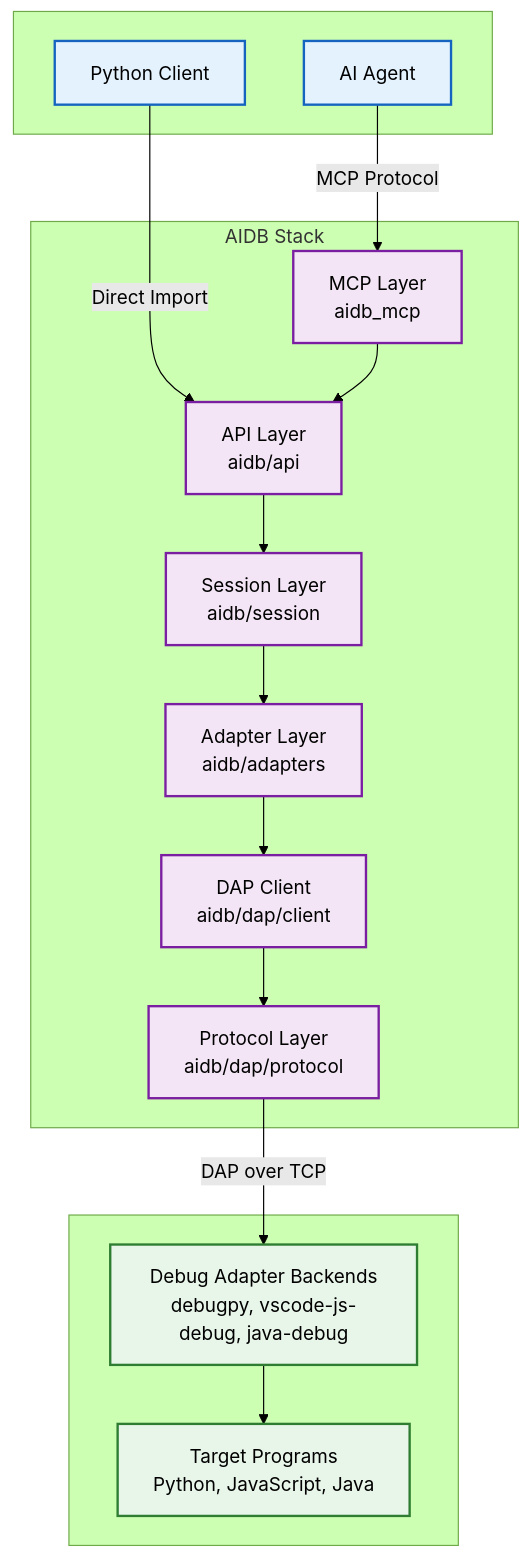
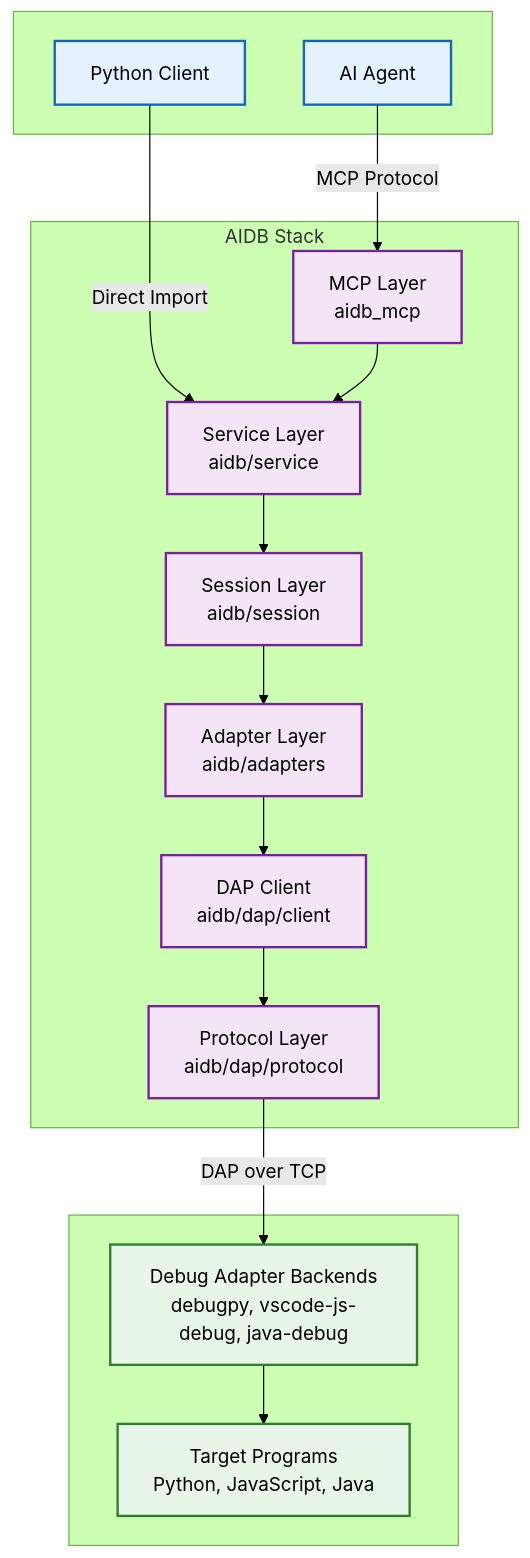
One commit to ai-debugger-inc/aidb changed the diagram in docs/developer-guide/overview.md. Above: the diagram before and after it, drawn with Mermaid (forest theme). The commit also changed other lines of this file and 202 other files, not shown here.

First line of the commit message:
refactor: Replace API layer with DebugService architecture

````diff
--- a/docs/developer-guide/overview.md
+++ b/docs/developer-guide/overview.md
@@ -22,39 +22,39 @@
 ```mermaid
 graph TB
     subgraph Clients [" "]
         Agent[AI Agent]
         PythonClient[Python Client]
     end
 
     subgraph AIDB ["AIDB Stack"]
         MCP[MCP Layer<br/>aidb_mcp]
-        API[API Layer<br/>aidb/api]
+        Service[Service Layer<br/>aidb/service]
         Session[Session Layer<br/>aidb/session]
         Adapters[Adapter Layer<br/>aidb/adapters]
         DAPClient[DAP Client<br/>aidb/dap/client]
         Protocol[Protocol Layer<br/>aidb/dap/protocol]
     end
 
     subgraph External [" "]
         Backends[Debug Adapter Backends<br/>debugpy, vscode-js-debug, java-debug]
         Targets[Target Programs<br/>Python, JavaScript, Java]
     end
 
     Agent -->|MCP Protocol| MCP
-    PythonClient -->|Direct Import| API
-    MCP --> API
-    API --> Session
+    PythonClient -->|Direct Import| Service
+    MCP --> Service
+    Service --> Session
     Session --> Adapters
     Adapters --> DAPClient
     DAPClient --> Protocol
     Protocol -->|DAP over TCP| Backends
     Backends --> Targets
 
     classDef clientStyle fill:#e3f2fd,stroke:#1565c0,stroke-width:2px
     classDef aidbStyle fill:#f3e5f5,stroke:#7b1fa2,stroke-width:2px
     classDef extStyle fill:#e8f5e9,stroke:#2e7d32,stroke-width:2px
 
     class Agent,PythonClient clientStyle
-    class MCP,API,Session,Adapters,DAPClient,Protocol aidbStyle
+    class MCP,Service,Session,Adapters,DAPClient,Protocol aidbStyle
     class Backends,Targets extStyle
 ```
````
